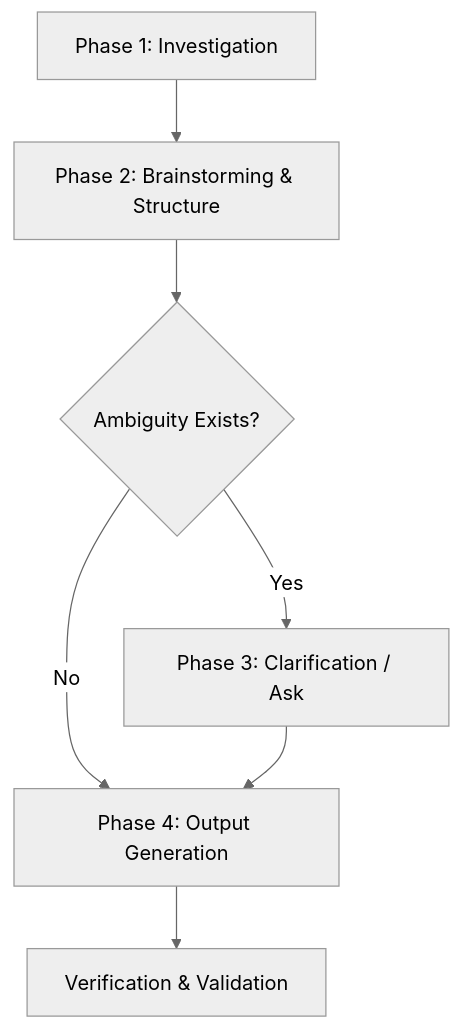
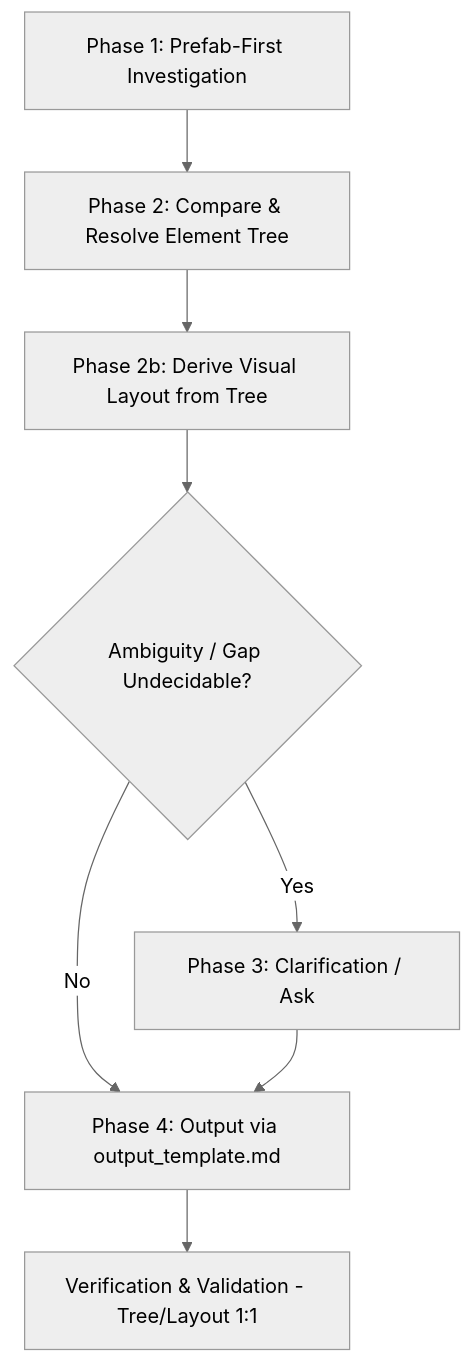
The diagram in skills/unity-ui-mockup/SKILL.md (cuozg/oh-my-skills), drawn with Mermaid (neutral theme) before and after one commit. The commit also changed other lines of this file and 2 other files, not shown here.

````diff
--- a/skills/unity-ui-mockup/SKILL.md
+++ b/skills/unity-ui-mockup/SKILL.md
@@ -36,9 +39,10 @@
 ```mermaid
 flowchart TD
-    A[Phase 1: Investigation] --> B[Phase 2: Brainstorming & Structure]
-    B --> C{Ambiguity Exists?}
-    C -->|Yes| D[Phase 3: Clarification / Ask]
-    C -->|No| E[Phase 4: Output Generation]
-    D --> E
-    E --> F[Verification & Validation]
+    A[Phase 1: Prefab-First Investigation] --> B[Phase 2: Compare & Resolve Element Tree]
+    B --> C[Phase 2b: Derive Visual Layout from Tree]
+    C --> D{Ambiguity / Gap Undecidable?}
+    D -->|Yes| E[Phase 3: Clarification / Ask]
+    D -->|No| F[Phase 4: Output via output_template.md]
+    E --> F
+    F --> G[Verification & Validation - Tree/Layout 1:1]
 ```
````
